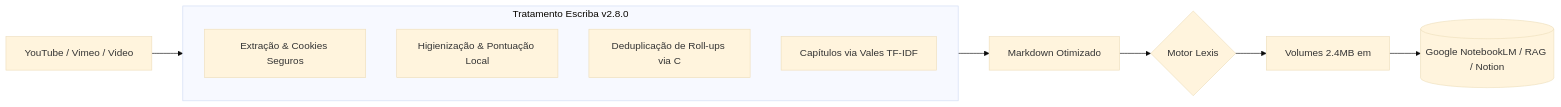
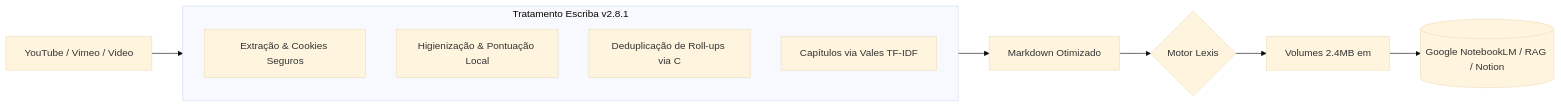
The diagram in README.md (Jandir/escriba), drawn with Mermaid (base theme) before and after one commit. The commit also changed other lines of this file and 6 other files, not shown here.

````diff
--- a/README.md
+++ b/README.md
@@ -134,14 +136,15 @@
 ```mermaid
 graph LR
     A[YouTube / Vimeo / Video] --> B{Pipeline Escriba}
-    subgraph B [Tratamento Escriba v2.8.0]
+    subgraph B [Tratamento Escriba v2.8.1]
         B1[Extração & Cookies Seguros]
         B2[Higienização & Pontuação Local]
         B3[Deduplicação de Roll-ups via C]
         B4[Capítulos via Vales TF-IDF]
     end
     B --> C[Markdown Otimizado]
-    C --> D{Motor Lexis}
+    D{Motor Lexis}
+    C --> D
     D --> E[Volumes 2.4MB em <article>]
     E --> F[(Google NotebookLM / RAG / Notion)]
 ```
````
